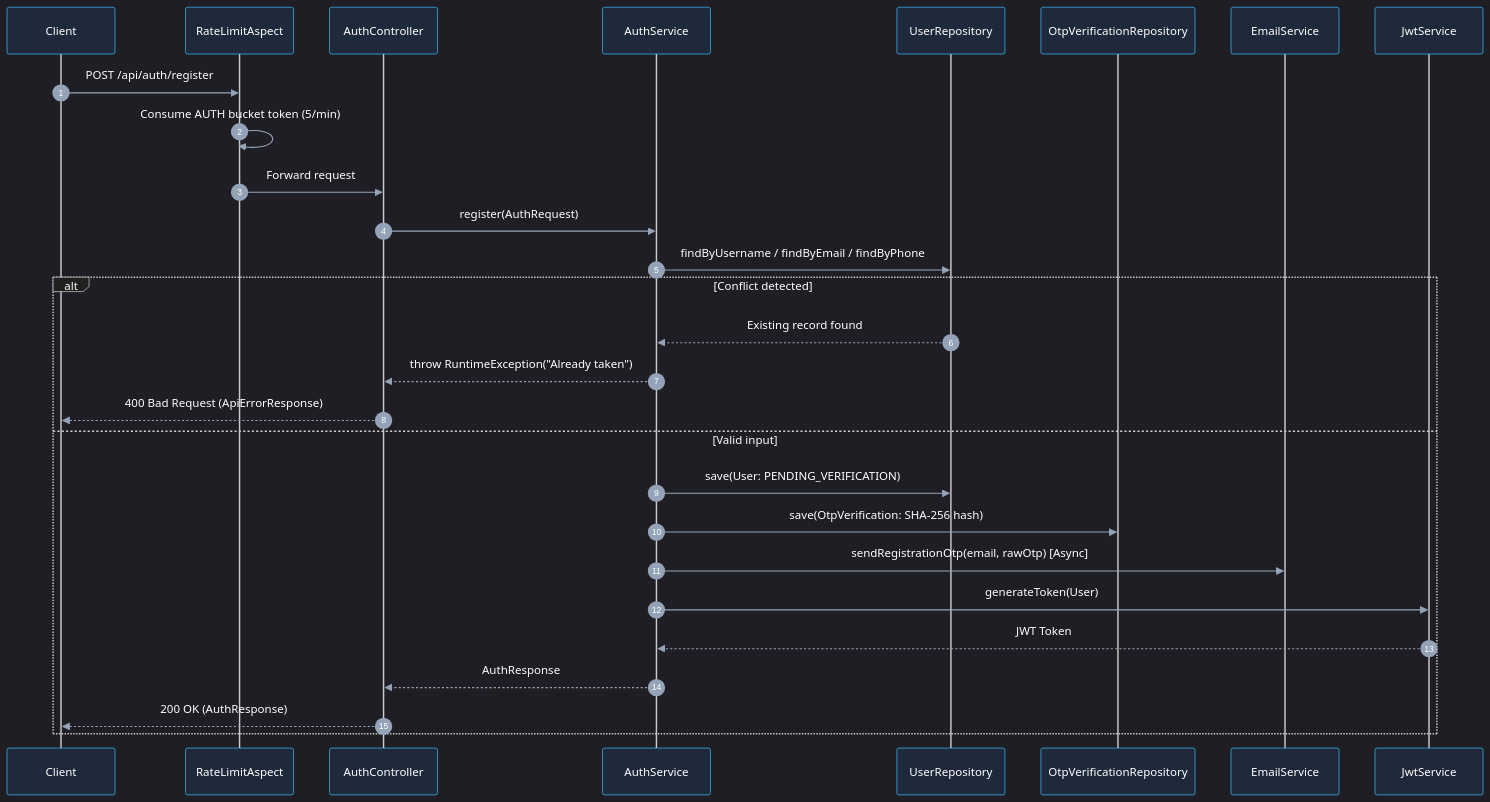
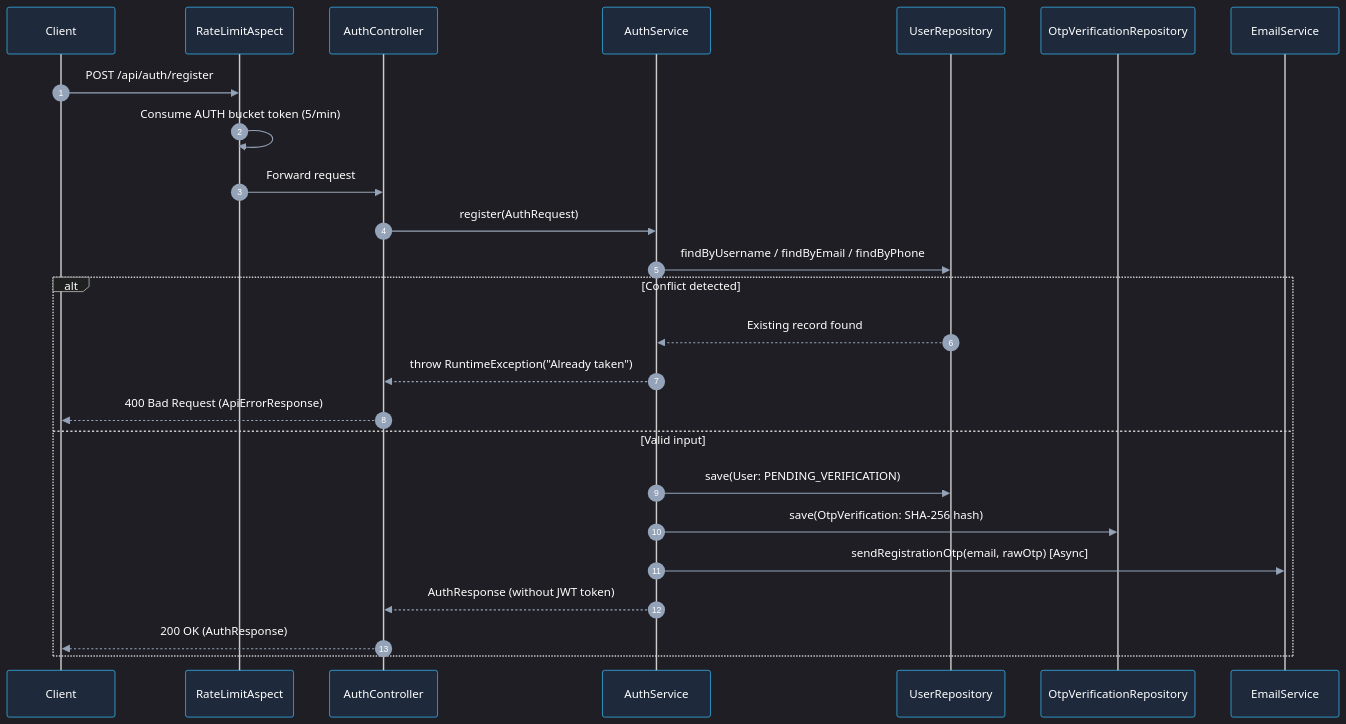
The second of 37 diagrams in docs/API-Spec.md (Mohitur669/speakit), drawn with Mermaid before and after one commit. The commit also changed other lines of this file and 1 other file, not shown here.

First line of the commit message:
docs(api): address review feedback on payment verification, token claims, and service contracts

````diff
--- a/docs/API-Spec.md
+++ b/docs/API-Spec.md
@@ -337,32 +336,29 @@
 ```mermaid
 %%{init: {'theme': 'dark', 'themeVariables': {'textColor': '#ffffff', 'primaryTextColor': '#ffffff', 'actorTextColor': '#ffffff', 'actorBkg': '#1e293b', 'actorBorder': '#38bdf8', 'signalColor': '#94a3b8', 'signalTextColor': '#ffffff', 'labelTextColor': '#ffffff', 'loopTextColor': '#ffffff', 'noteTextColor': '#ffffff', 'noteBkgColor': '#0f172a', 'noteBorderColor': '#475569', 'activationBorderColor': '#38bdf8', 'activationBkgColor': '#334155', 'sequenceNumberColor': '#ffffff'}}}%%
 sequenceDiagram
     autonumber
     participant C as Client
     participant RL as RateLimitAspect
     participant AC as AuthController
     participant AS as AuthService
     participant UR as UserRepository
     participant OR as OtpVerificationRepository
     participant ES as EmailService
-    participant JS as JwtService
 
     C->>RL: POST /api/auth/register
     RL->>RL: Consume AUTH bucket token (5/min)
     RL->>AC: Forward request
     AC->>AS: register(AuthRequest)
     AS->>UR: findByUsername / findByEmail / findByPhone
     alt Conflict detected
         UR-->>AS: Existing record found
         AS-->>AC: throw RuntimeException("Already taken")
         AC-->>C: 400 Bad Request (ApiErrorResponse)
     else Valid input
         AS->>UR: save(User: PENDING_VERIFICATION)
         AS->>OR: save(OtpVerification: SHA-256 hash)
         AS->>ES: sendRegistrationOtp(email, rawOtp) [Async]
-        AS->>JS: generateToken(User)
-        JS-->>AS: JWT Token
-        AS-->>AC: AuthResponse
+        AS-->>AC: AuthResponse (without JWT token)
         AC-->>C: 200 OK (AuthResponse)
     end
 ```
````
